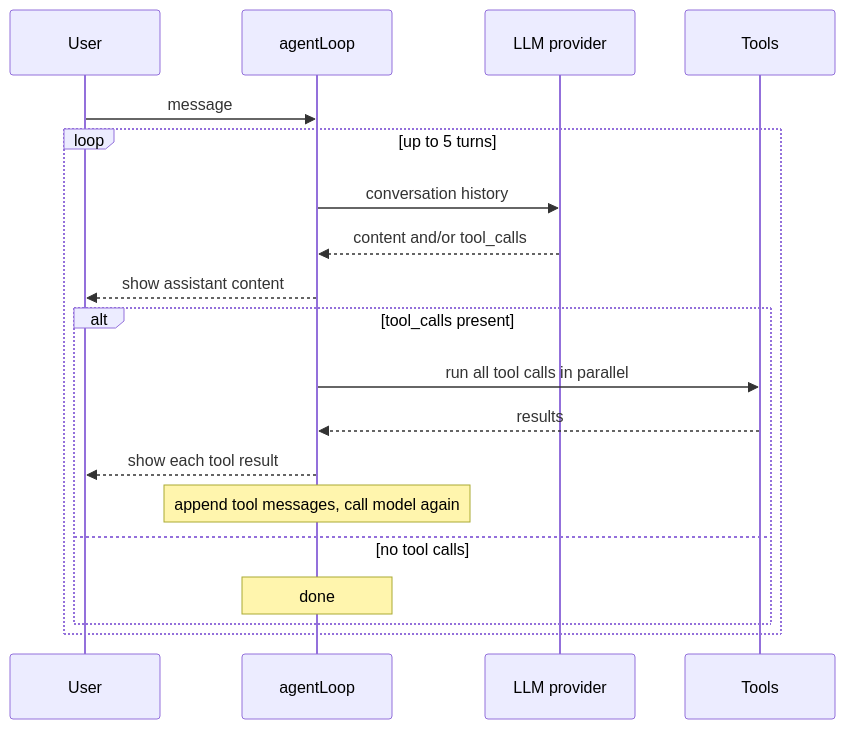
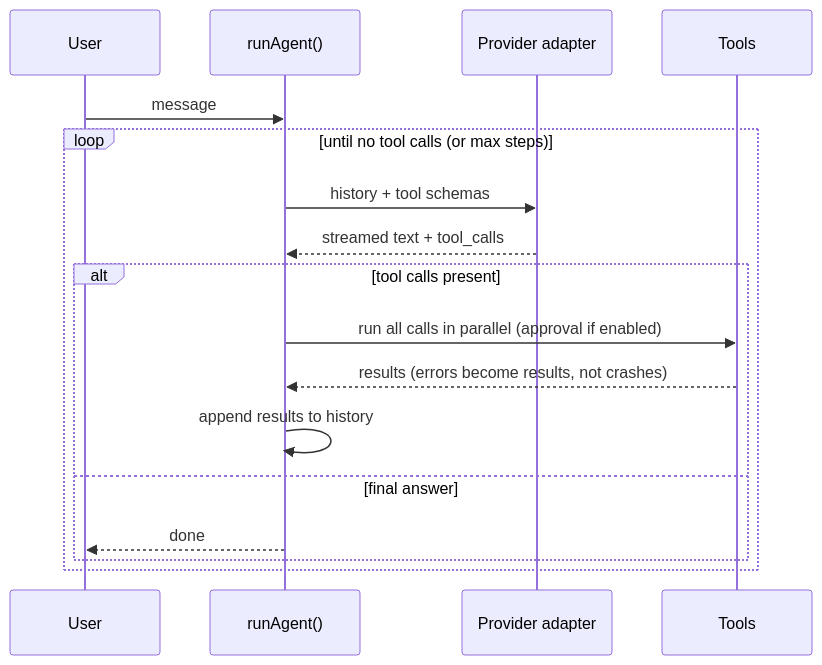
Before and after one commit to Riddhim-r/agentforge: the first of 2 diagrams in README.md, drawn with Mermaid. The commit also changed other lines of this file and 35 other files, not shown here.

````diff
--- a/README.md
+++ b/README.md
@@ -135,22 +56,20 @@
 ```mermaid
 sequenceDiagram
     participant U as User
-    participant A as agentLoop
-    participant M as LLM provider
+    participant A as runAgent()
+    participant P as Provider adapter
     participant T as Tools
 
     U->>A: message
-    loop up to 5 turns
-        A->>M: conversation history
-        M-->>A: content and/or tool_calls
-        A-->>U: show assistant content
-        alt tool_calls present
-            A->>T: run all tool calls in parallel
-            T-->>A: results
-            A-->>U: show each tool result
-            Note over A: append tool messages, call model again
-        else no tool calls
-            Note over A: done
+    loop until no tool calls (or max steps)
+        A->>P: history + tool schemas
+        P-->>A: streamed text + tool_calls
+        alt tool calls present
+            A->>T: run all calls in parallel (approval if enabled)
+            T-->>A: results (errors become results, not crashes)
+            A->>A: append results to history
+        else final answer
+            A-->>U: done
         end
     end
 ```
````
